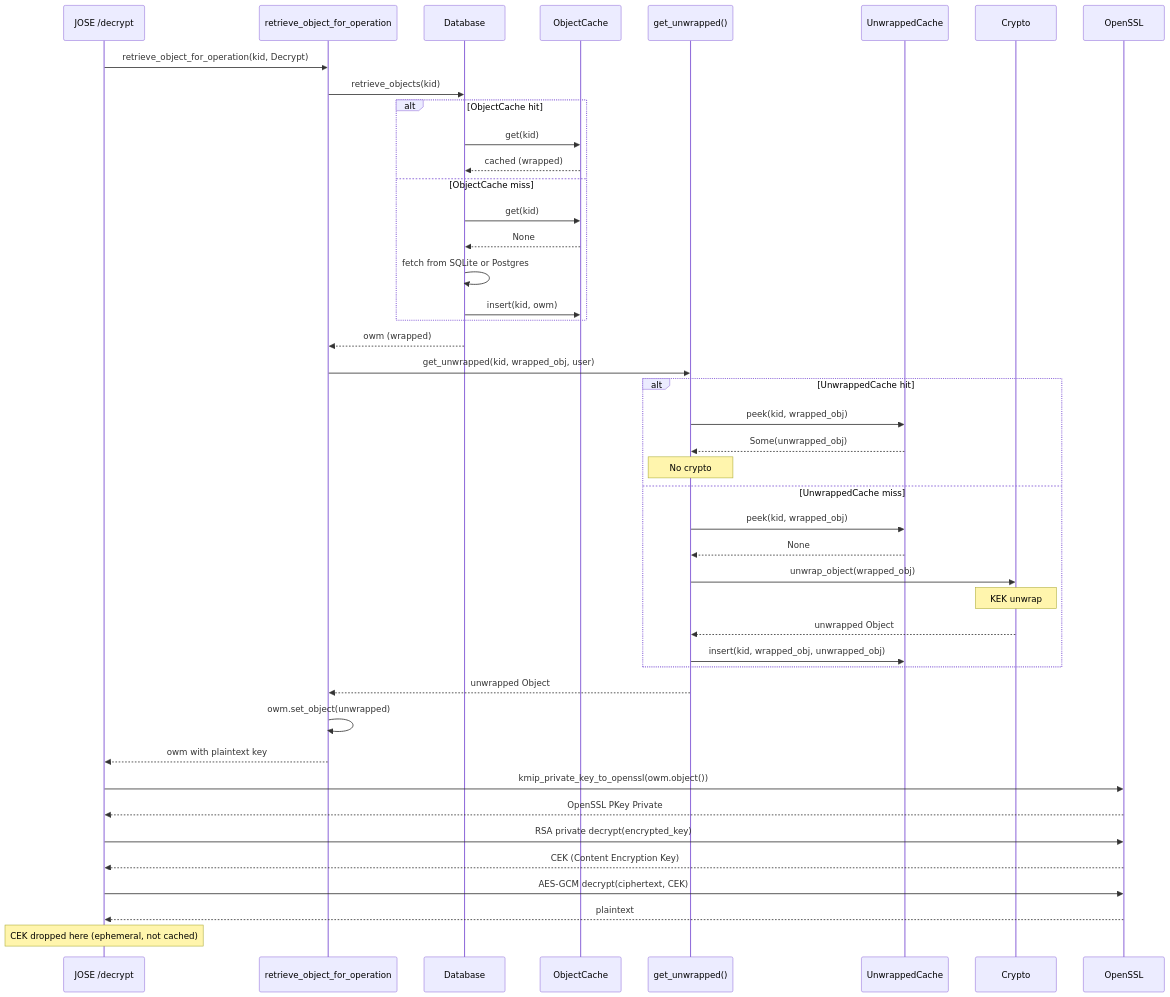
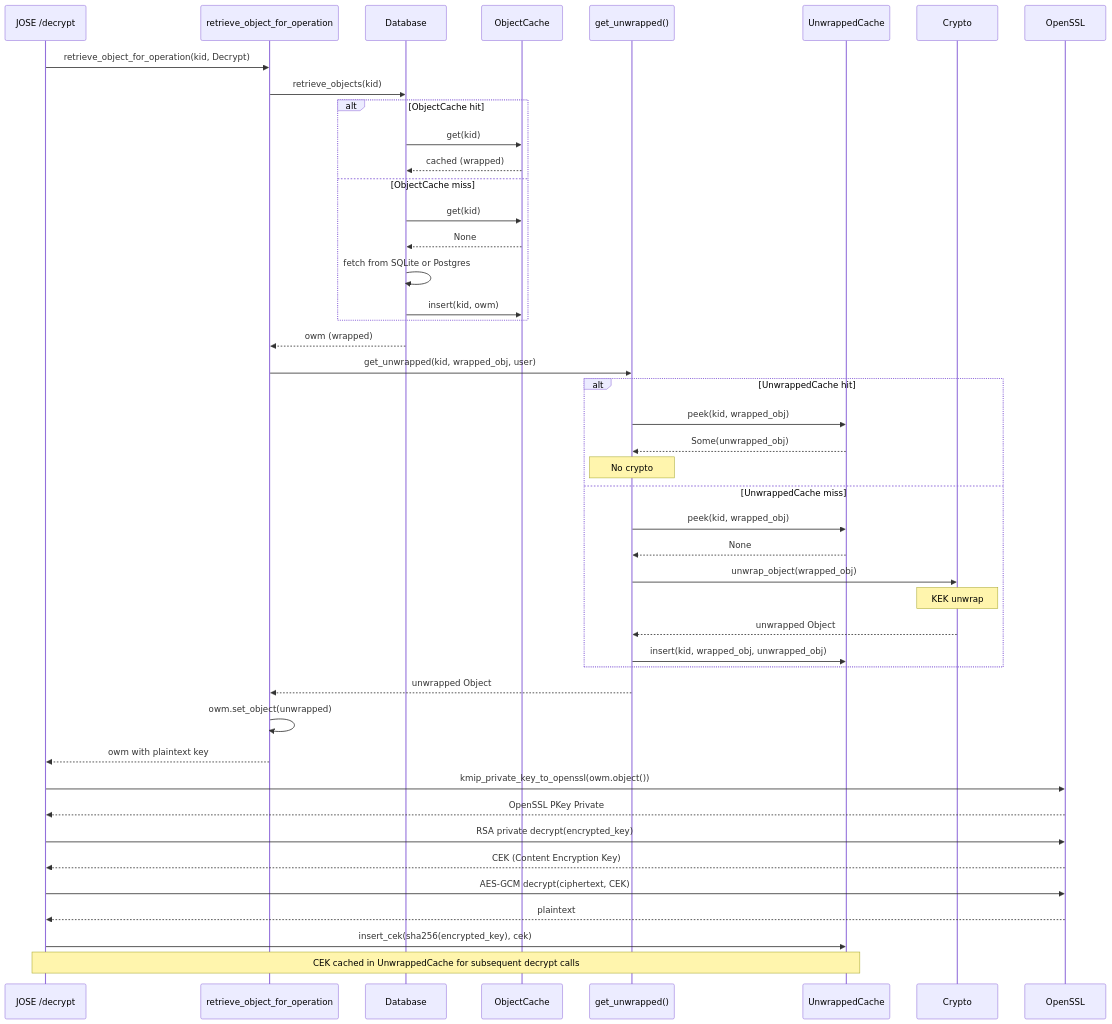
One commit to Cosmian/kms changed diagram 13 of 13 in documentation/docs/configuration/object-cache.md. Above: the diagram before and after it, drawn with Mermaid. The commit also changed other lines of this file and 6 other files, not shown here.

Commit message:
feat: use specific cache for JOSE /encrypt and /decrypt endpoints

````diff
--- a/documentation/docs/configuration/object-cache.md
+++ b/documentation/docs/configuration/object-cache.md
@@ -299,56 +299,57 @@
 ```mermaid
 sequenceDiagram
     participant J as JOSE /decrypt
     participant RF as retrieve_object_for_operation
     participant DB as Database
     participant OC as ObjectCache
     participant GU as get_unwrapped()
     participant UC as UnwrappedCache
     participant CR as Crypto
     participant OS as OpenSSL
 
     J->>RF: retrieve_object_for_operation(kid, Decrypt)
     RF->>DB: retrieve_objects(kid)
 
     alt ObjectCache hit
         DB->>OC: get(kid)
         OC-->>DB: cached (wrapped)
     else ObjectCache miss
         DB->>OC: get(kid)
         OC-->>DB: None
         DB->>DB: fetch from SQLite or Postgres
         DB->>OC: insert(kid, owm)
     end
 
     DB-->>RF: owm (wrapped)
 
     RF->>GU: get_unwrapped(kid, wrapped_obj, user)
 
     alt UnwrappedCache hit
         GU->>UC: peek(kid, wrapped_obj)
         UC-->>GU: Some(unwrapped_obj)
         Note over GU: No crypto
     else UnwrappedCache miss
         GU->>UC: peek(kid, wrapped_obj)
         UC-->>GU: None
         GU->>CR: unwrap_object(wrapped_obj)
         Note over CR: KEK unwrap
         CR-->>GU: unwrapped Object
         GU->>UC: insert(kid, wrapped_obj, unwrapped_obj)
     end
 
     GU-->>RF: unwrapped Object
     RF->>RF: owm.set_object(unwrapped)
     RF-->>J: owm with plaintext key
 
     J->>OS: kmip_private_key_to_openssl(owm.object())
     OS-->>J: OpenSSL PKey Private
 
     J->>OS: RSA private decrypt(encrypted_key)
     OS-->>J: CEK (Content Encryption Key)
 
     J->>OS: AES-GCM decrypt(ciphertext, CEK)
     OS-->>J: plaintext
 
-    Note over J: CEK dropped here (ephemeral, not cached)
+    J->>UC: insert_cek(sha256(encrypted_key), cek)
+    Note over J,UC: CEK cached in UnwrappedCache for subsequent decrypt calls
 ```
````
